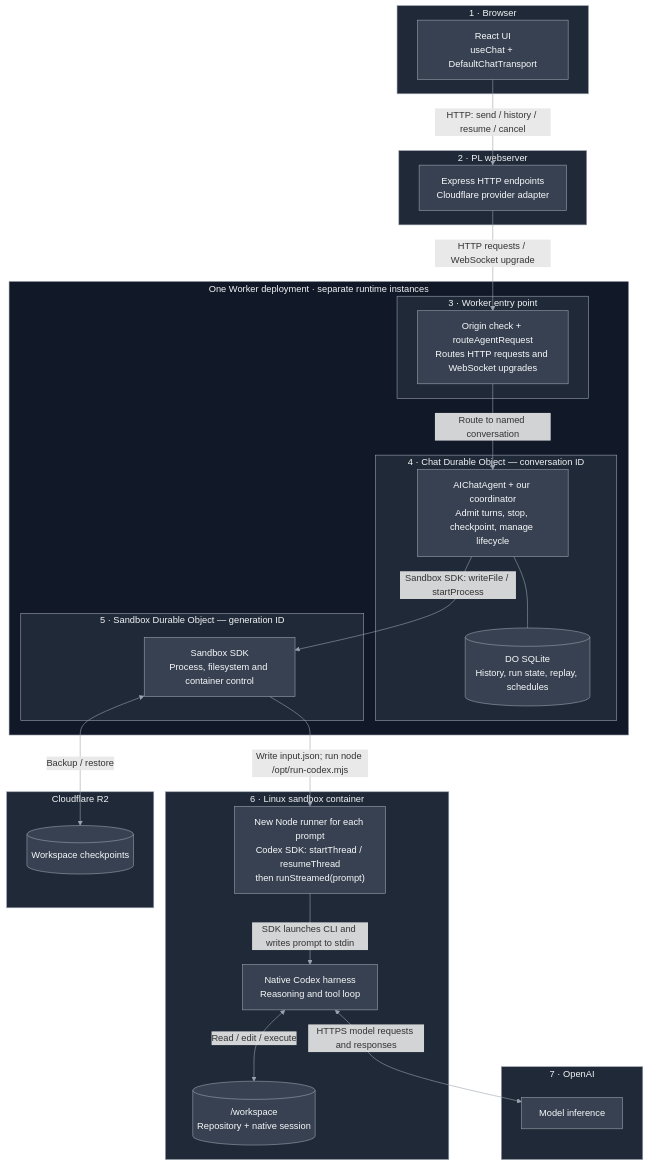
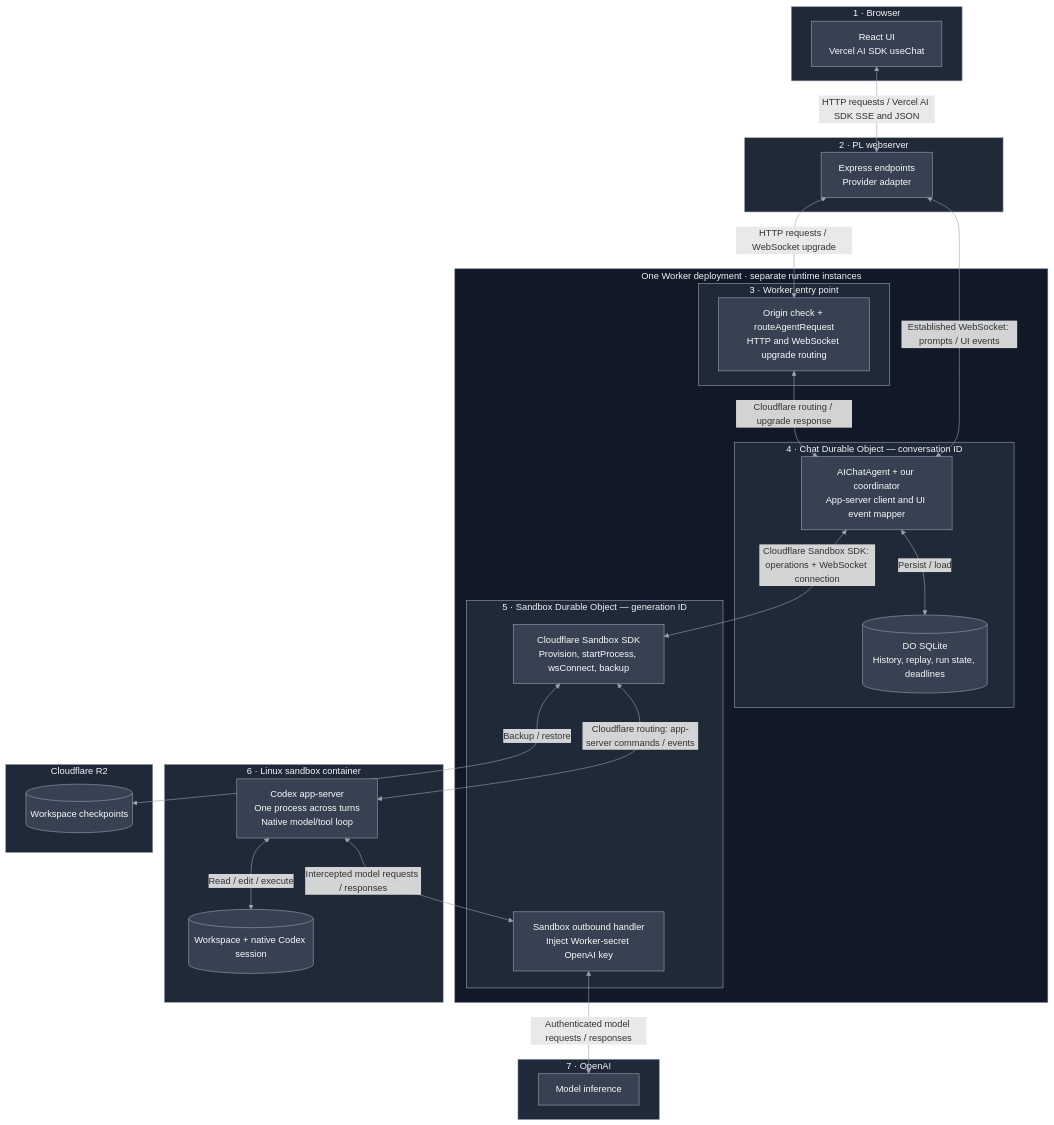
The first of 3 diagrams in docs/architecture.md (miguelaenlle/cloudflare-agents-sdk-test), drawn with Mermaid before and after one commit. The commit also changed other lines of this file and 32 other files, not shown here.

Commit message:
Use persistent Codex app-server with steering and isolated credentials

````diff
--- a/docs/architecture.md
+++ b/docs/architecture.md
@@ -21,55 +11,56 @@
 ```mermaid
 flowchart TB
     subgraph browser["1 · Browser"]
-        UI["React UI<br/>useChat + DefaultChatTransport"]
+        UI["React UI<br/>Vercel AI SDK useChat"]
     end
     subgraph backend["2 · PL webserver"]
-        Relay["Express HTTP endpoints<br/>Cloudflare provider adapter"]
+        Relay["Express endpoints<br/>Provider adapter"]
     end
     subgraph cloudflare["One Worker deployment · separate runtime instances"]
         subgraph entry["3 · Worker entry point"]
-            Router["Origin check + routeAgentRequest<br/>Routes HTTP requests and WebSocket upgrades"]
+            Router["Origin check + routeAgentRequest<br/>HTTP and WebSocket upgrade routing"]
         end
         subgraph chat["4 · Chat Durable Object — conversation ID"]
-            Coordinator["AIChatAgent + our coordinator<br/>Admit turns, stop, checkpoint, manage lifecycle"]
-            SQLite[("DO SQLite<br/>History, run state, replay, schedules")]
+            Coordinator["AIChatAgent + our coordinator<br/>App-server client and UI event mapper"]
+            SQLite[("DO SQLite<br/>History, replay, run state, deadlines")]
         end
         subgraph control["5 · Sandbox Durable Object — generation ID"]
-            SandboxAPI["Sandbox SDK<br/>Process, filesystem and container control"]
+            SandboxAPI["Cloudflare Sandbox SDK<br/>Provision, startProcess, wsConnect, backup"]
+            Auth["Sandbox outbound handler<br/>Inject Worker-secret OpenAI key"]
         end
     end
     subgraph container["6 · Linux sandbox container"]
-        Runner["New Node runner for each prompt<br/>Codex SDK: startThread / resumeThread<br/>then runStreamed(prompt)"]
-        Codex["Native Codex harness<br/>Reasoning and tool loop"]
-        Files[("/workspace<br/>Repository + native session")]
+        Codex["Codex app-server<br/>One process across turns<br/>Native model/tool loop"]
+        Files[("Workspace + native Codex session")]
     end
     subgraph model["7 · OpenAI"]
         Inference["Model inference"]
     end
     subgraph storage["Cloudflare R2"]
         Backup[("Workspace checkpoints")]
     end
 
-    UI -->|"HTTP: send / history / resume / cancel"| Relay
-    Relay -->|"HTTP requests / WebSocket upgrade"| Router
-    Router -->|"Route to named conversation"| Coordinator
-    Coordinator -->|"Sandbox SDK: writeFile / startProcess"| SandboxAPI
-    Coordinator --- SQLite
-    SandboxAPI -->|"Write input.json; run node /opt/run-codex.mjs"| Runner
+    UI <-->|"HTTP requests / Vercel AI SDK SSE and JSON"| Relay
+    Relay <-->|"HTTP requests / WebSocket upgrade"| Router
+    Router <-->|"Cloudflare routing / upgrade response"| Coordinator
+    Relay <-->|"Established WebSocket: prompts / UI events"| Coordinator
+    Coordinator <-->|"Cloudflare Sandbox SDK: operations + WebSocket connection"| SandboxAPI
+    SandboxAPI <-->|"Cloudflare routing: app-server commands / events"| Codex
+    Coordinator <-->|"Persist / load"| SQLite
     SandboxAPI <-->|"Backup / restore"| Backup
-    Runner -->|"SDK launches CLI and writes prompt to stdin"| Codex
     Codex <-->|"Read / edit / execute"| Files
-    Codex <-->|"HTTPS model requests and responses"| Inference
+    Codex <-->|"Intercepted model requests / responses"| Auth
+    Auth <-->|"Authenticated model requests / responses"| Inference
 
     classDef default fill:#374151,stroke:#9ca3af,color:#f9fafb
     style cloudflare fill:#111827,stroke:#6b7280,color:#f3f4f6
     style browser fill:#1f2937,stroke:#9ca3af,color:#f3f4f6
     style backend fill:#1f2937,stroke:#9ca3af,color:#f3f4f6
     style entry fill:#1f2937,stroke:#9ca3af,color:#f3f4f6
     style chat fill:#1f2937,stroke:#9ca3af,color:#f3f4f6
     style control fill:#1f2937,stroke:#9ca3af,color:#f3f4f6
     style container fill:#1f2937,stroke:#9ca3af,color:#f3f4f6
     style model fill:#1f2937,stroke:#9ca3af,color:#f3f4f6
     style storage fill:#1f2937,stroke:#9ca3af,color:#f3f4f6
     linkStyle default stroke:#9ca3af
 ```
````
